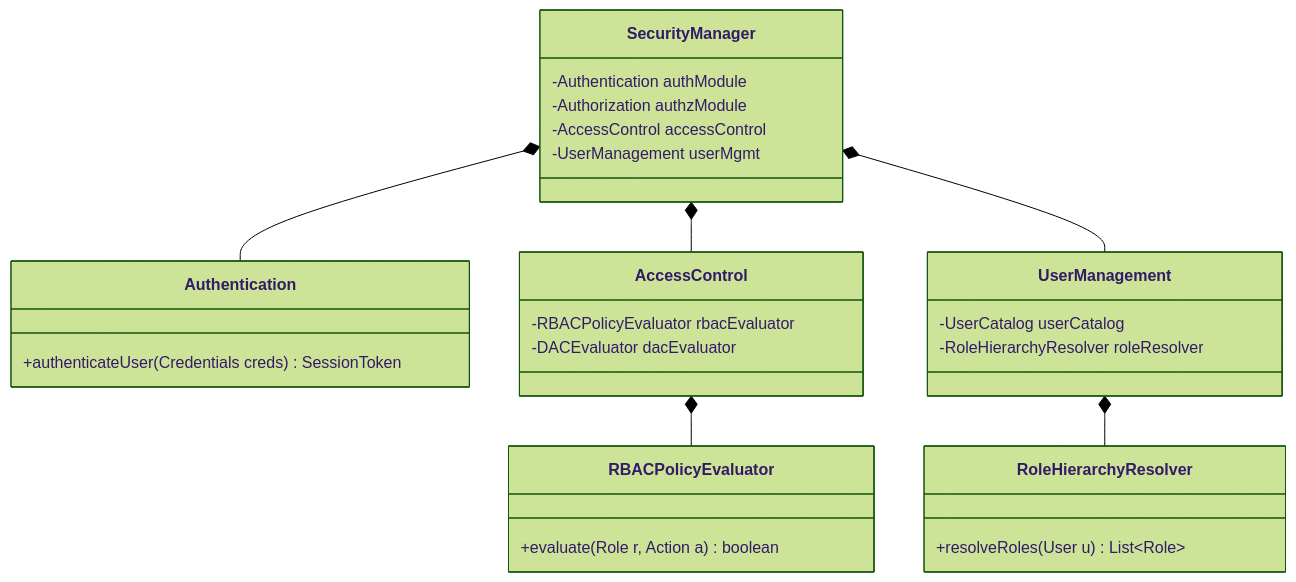
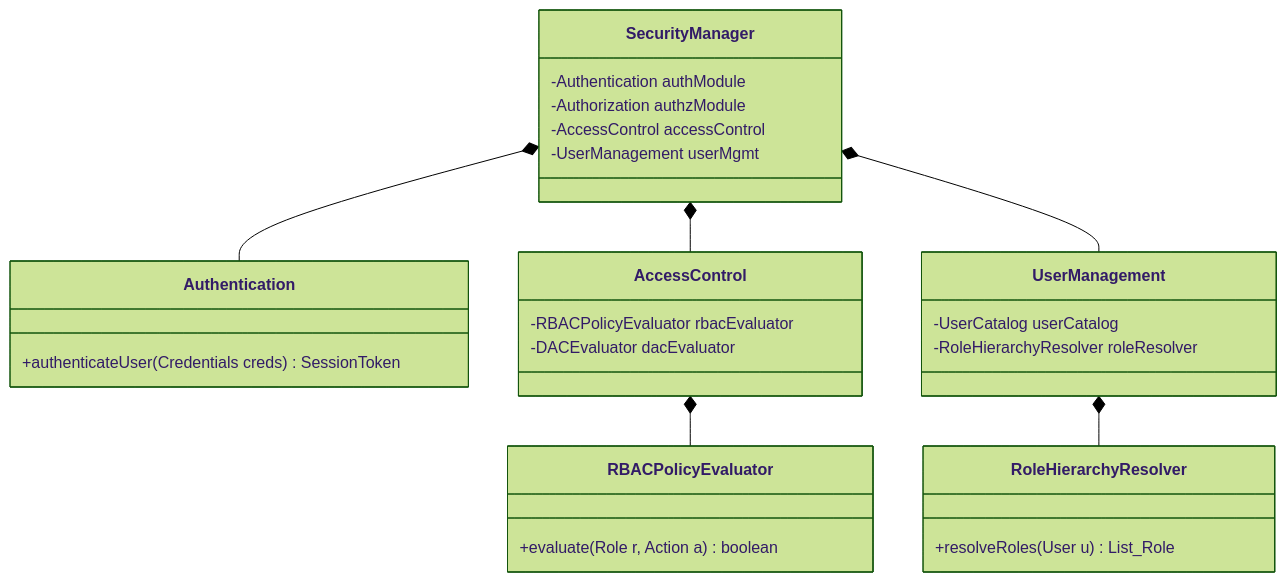
The eighth of 9 diagrams in README.md (TamBui1706/DBMS), drawn with Mermaid (forest theme) before and after one commit. The commit also changed other lines of this file, not shown here.

Commit message:
Fix mermaid syntax for GitHub rendering

````diff
--- a/README.md
+++ b/README.md
@@ -741,31 +741,31 @@
 ```mermaid
 classDiagram
 class SecurityManager {
         -Authentication authModule
         -Authorization authzModule
         -AccessControl accessControl
         -UserManagement userMgmt
     }
     class Authentication {
         +authenticateUser(Credentials creds) SessionToken
     }
     class AccessControl {
         -RBACPolicyEvaluator rbacEvaluator
         -DACEvaluator dacEvaluator
     }
     class RBACPolicyEvaluator {
         +evaluate(Role r, Action a) boolean
     }
     class UserManagement {
         -UserCatalog userCatalog
         -RoleHierarchyResolver roleResolver
     }
     class RoleHierarchyResolver {
-        +resolveRoles(User u) List~Role~
+        +resolveRoles(User u) List_Role
     }
     SecurityManager *-- Authentication
     SecurityManager *-- AccessControl
     SecurityManager *-- UserManagement
     AccessControl *-- RBACPolicyEvaluator
     UserManagement *-- RoleHierarchyResolver
 ```
````
